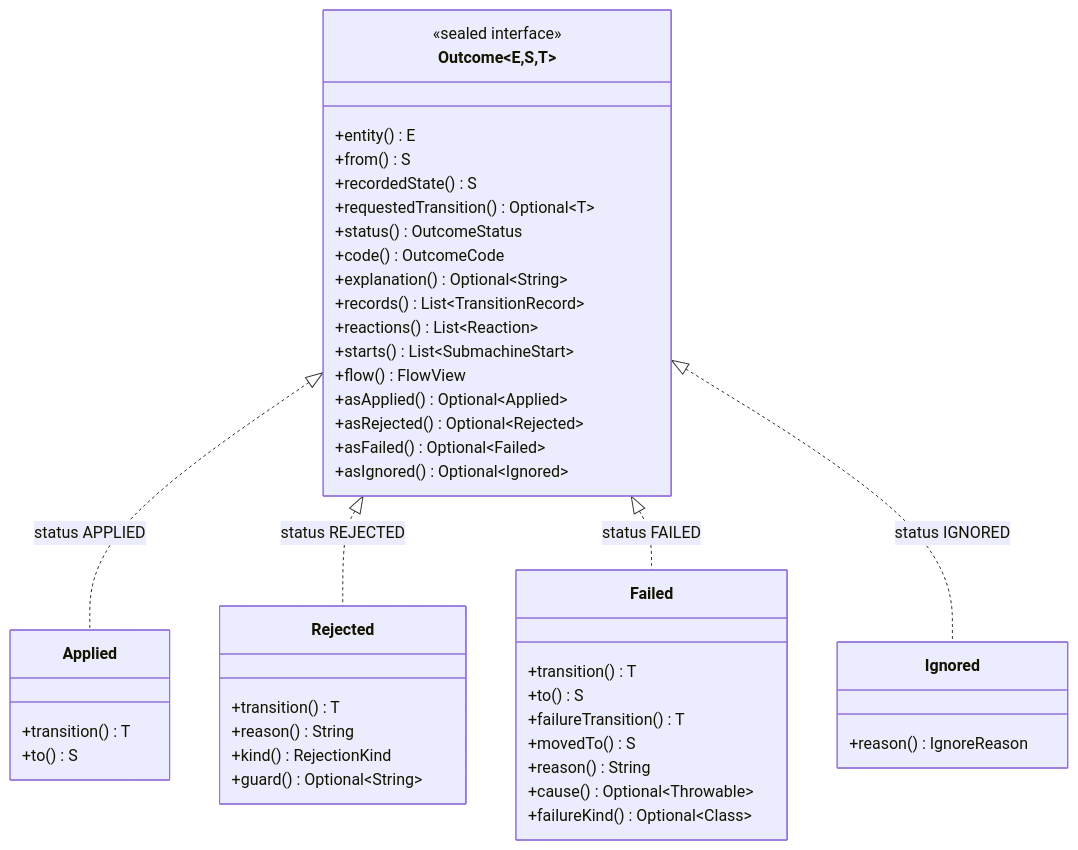
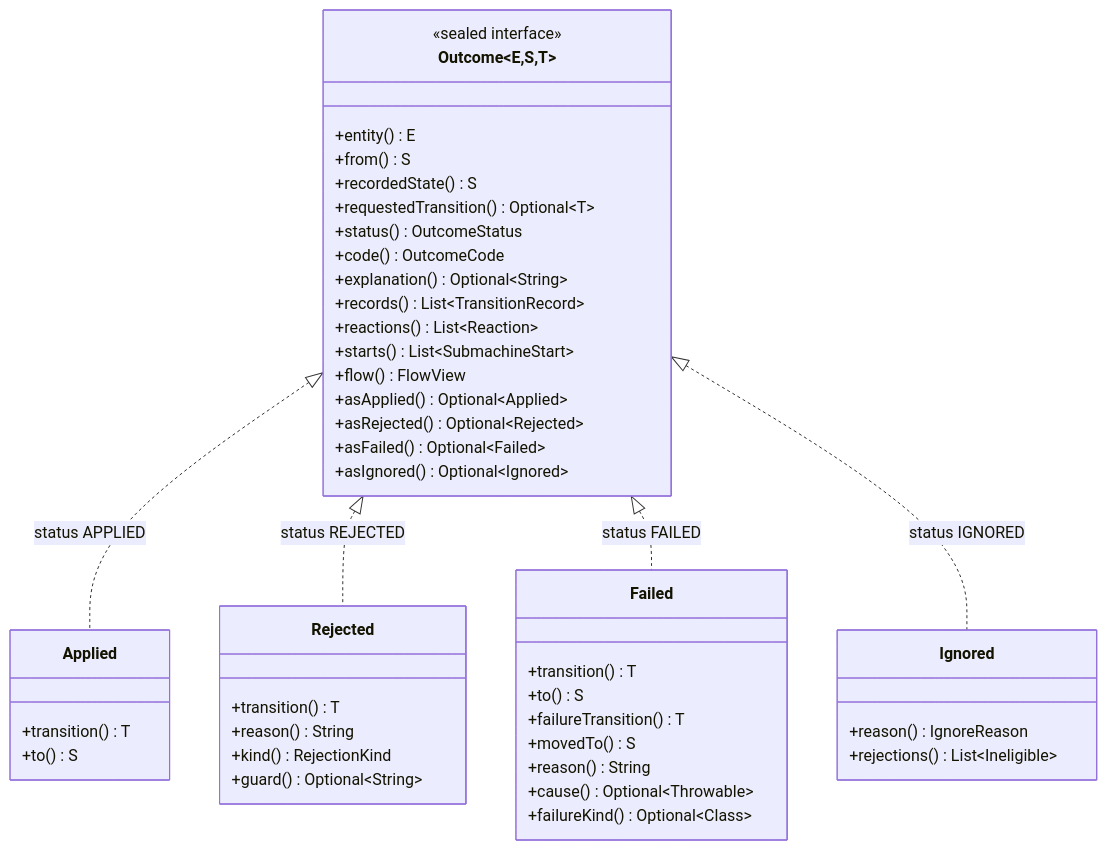
The diagram in docs/outcomes.md (graphmaquina/graphmaquina), drawn with Mermaid before and after one commit. The commit also changed other lines of this file and 64 other files, not shown here.

````diff
--- a/docs/outcomes.md
+++ b/docs/outcomes.md
@@ -17,48 +17,49 @@
 ```mermaid
 classDiagram
     direction TB
     class Outcome~E,S,T~ {
         <<sealed interface>>
         +entity() E
         +from() S
         +recordedState() S
         +requestedTransition() Optional~T~
         +status() OutcomeStatus
         +code() OutcomeCode
         +explanation() Optional~String~
         +records() List~TransitionRecord~
         +reactions() List~Reaction~
         +starts() List~SubmachineStart~
         +flow() FlowView
         +asApplied() Optional~Applied~
         +asRejected() Optional~Rejected~
         +asFailed() Optional~Failed~
         +asIgnored() Optional~Ignored~
     }
     class Applied {
         +transition() T
         +to() S
     }
     class Rejected {
         +transition() T
         +reason() String
         +kind() RejectionKind
         +guard() Optional~String~
     }
     class Failed {
         +transition() T
         +to() S
         +failureTransition() T
         +movedTo() S
         +reason() String
         +cause() Optional~Throwable~
         +failureKind() Optional~Class~
     }
     class Ignored {
         +reason() IgnoreReason
+        +rejections() List~Ineligible~
     }
     Outcome <|.. Applied : status APPLIED
     Outcome <|.. Rejected : status REJECTED
     Outcome <|.. Failed : status FAILED
     Outcome <|.. Ignored : status IGNORED
 ```
````
